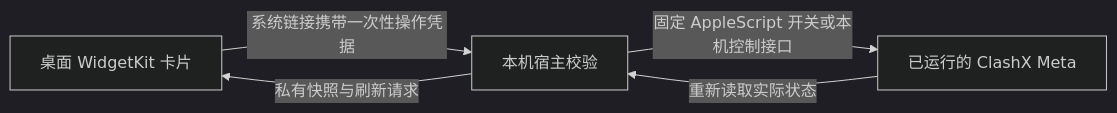
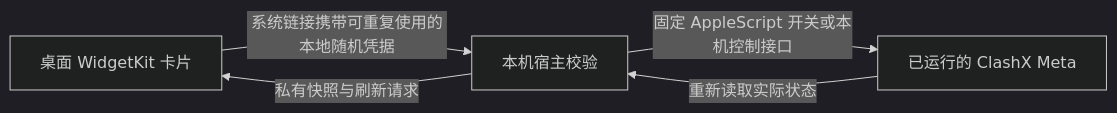
Before and after one commit to TomyDeskLab/clash-meta-widget: the diagram in 使用与实现说明.md, drawn with Mermaid (dark theme). The commit also changed other lines of this file and 16 other files, not shown here.

````diff
--- a/使用与实现说明.md
+++ b/使用与实现说明.md
@@ -47,7 +47,7 @@
 ```mermaid
 flowchart LR
-    A[桌面 WidgetKit 卡片] -->|系统链接携带一次性操作凭据| B[本机宿主校验]
+    A[桌面 WidgetKit 卡片] -->|系统链接携带可重复使用的本地随机凭据| B[本机宿主校验]
     B -->|固定 AppleScript 开关或本机控制接口| C[已运行的 ClashX Meta]
     C -->|重新读取实际状态| B
     B -->|私有快照与刷新请求| A
 ```
````
